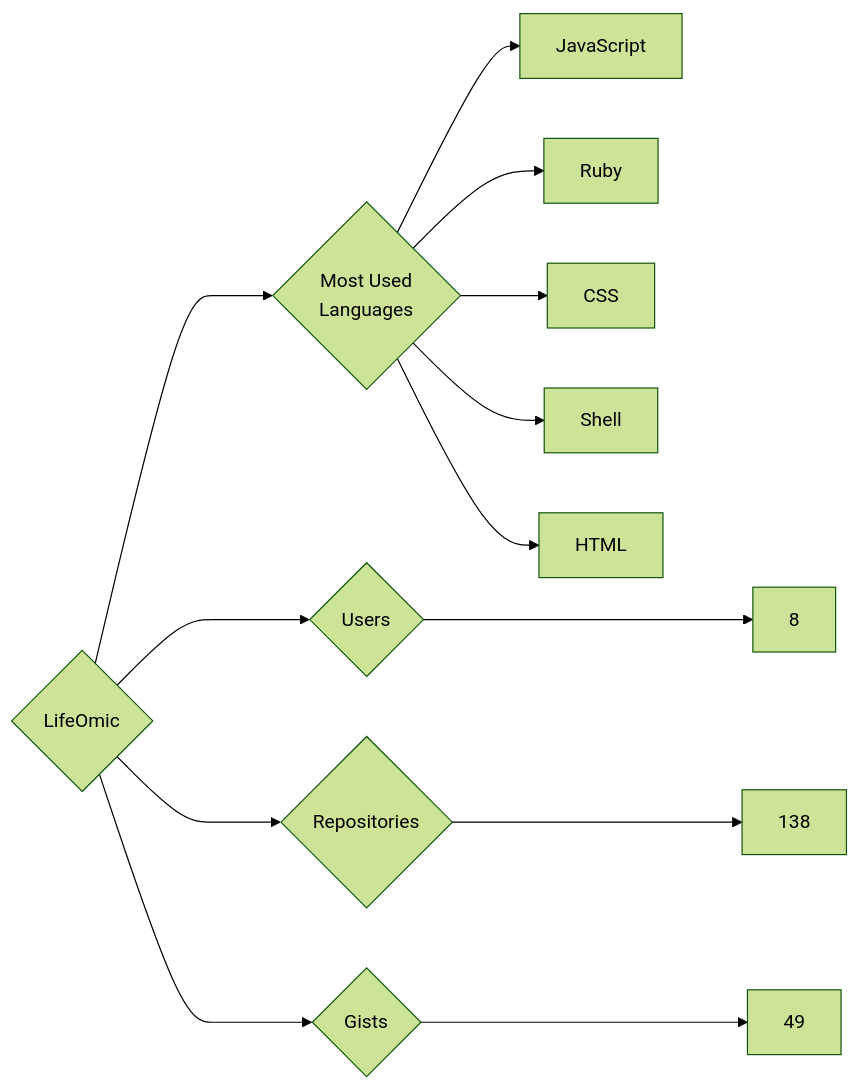
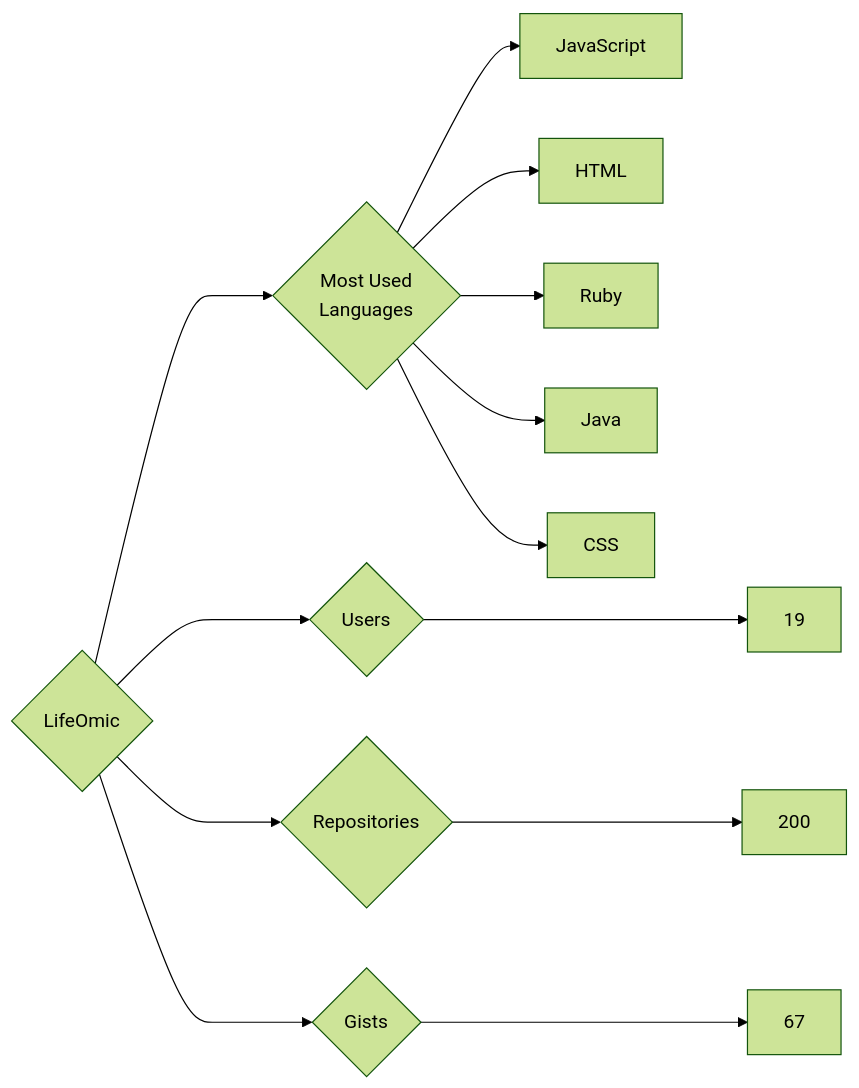
One commit to trickest/insiders changed the diagram in targets/LifeOmic/README.md. Above: the diagram before and after it, drawn with Mermaid (forest theme). The commit also changed 823 other files, not shown here.

````diff
--- a/targets/LifeOmic/README.md
+++ b/targets/LifeOmic/README.md
@@ -3,13 +3,13 @@
 ```mermaid
 graph LR
 COMPANY_NAME{LifeOmic}
-COMPANY_NAME ---> U{Users} ---> UN[8]
-COMPANY_NAME ---> R{Repositories} ---> RN[138]
-COMPANY_NAME ---> G{Gists} ---> GN[49]
+COMPANY_NAME ---> U{Users} ---> UN[19]
+COMPANY_NAME ---> R{Repositories} ---> RN[200]
+COMPANY_NAME ---> G{Gists} ---> GN[67]
 COMPANY_NAME ---> ML{Most Used<br>Languages}
 ML --> JavaScript[JavaScript]
+ML --> HTML[HTML]
 ML --> Ruby[Ruby]
+ML --> Java[Java]
 ML --> CSS[CSS]
-ML --> Shell[Shell]
-ML --> HTML[HTML]
 ```
````
